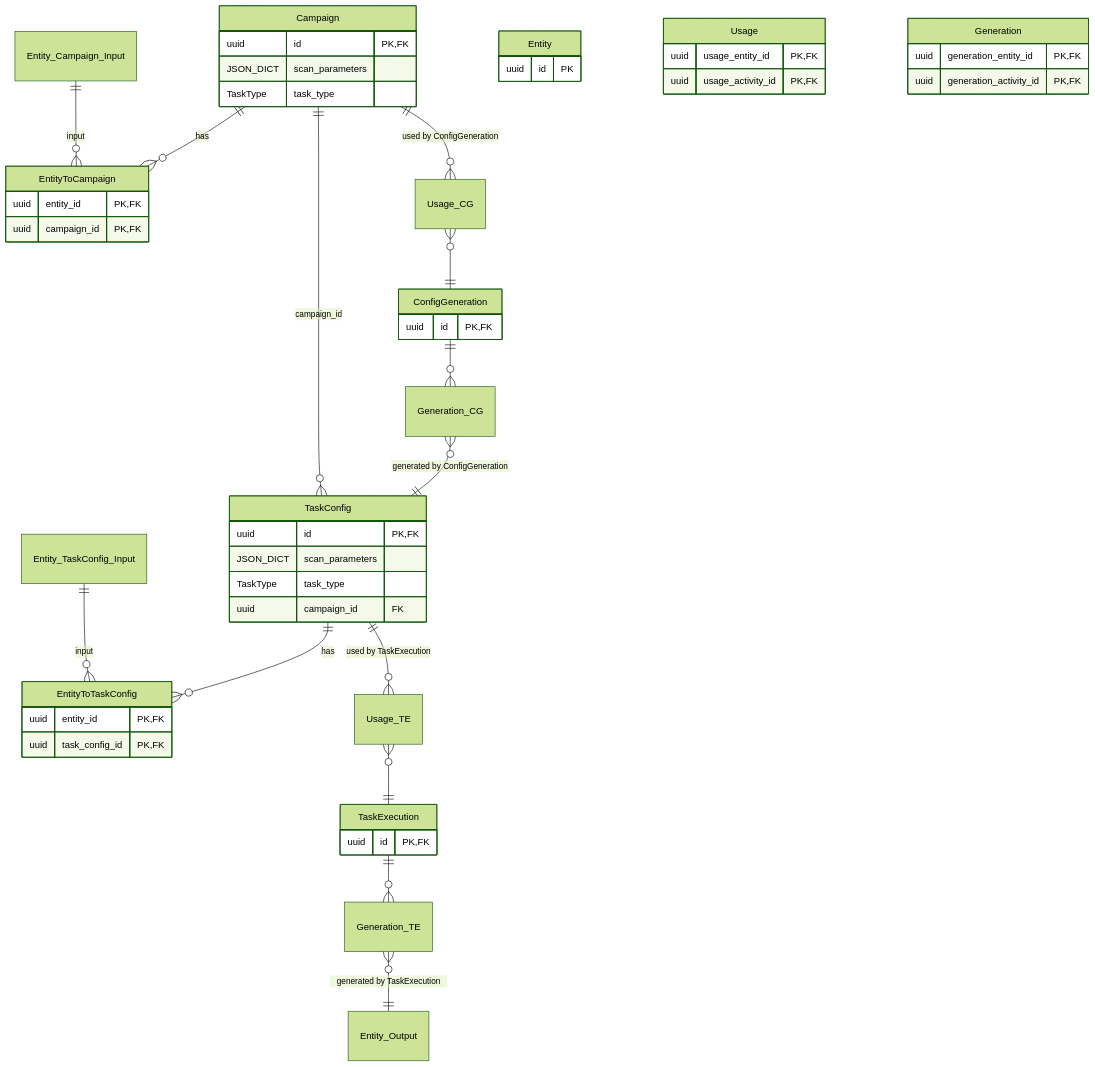
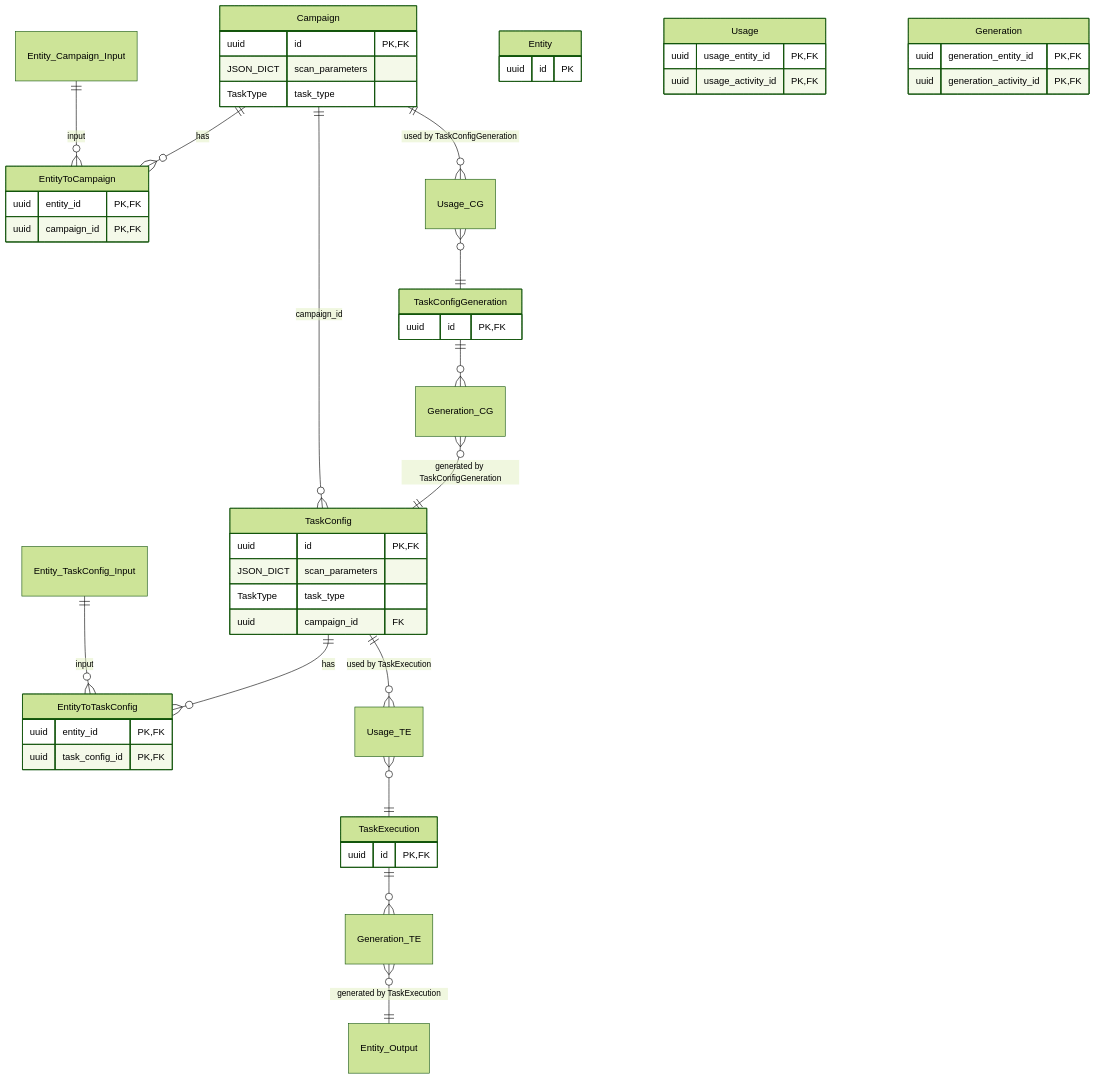
Before and after one commit to openbraininstitute/entitycore: the second of 2 diagrams in docs/campaign-models-diagram.md, drawn with Mermaid (forest theme). The commit also changed other lines of this file and 19 other files, not shown here.

Commit message:
Add schemas, filters, services, routers

````diff
--- a/docs/campaign-models-diagram.md
+++ b/docs/campaign-models-diagram.md
@@ -45,64 +45,64 @@
 ```mermaid
 erDiagram
     Entity_Campaign_Input ||--o{ EntityToCampaign : "input"
     Campaign ||--o{ EntityToCampaign : "has"
     Campaign ||--o{ TaskConfig : "campaign_id"
 
     Entity_TaskConfig_Input ||--o{ EntityToTaskConfig : "input"
     TaskConfig ||--o{ EntityToTaskConfig : "has"
 
-    Campaign ||--o{ Usage_CG : "used by ConfigGeneration"
-    Usage_CG }o--|| ConfigGeneration : ""
-    ConfigGeneration ||--o{ Generation_CG : ""
-    Generation_CG }o--|| TaskConfig : "generated by ConfigGeneration"
+    Campaign ||--o{ Usage_CG : "used by TaskConfigGeneration"
+    Usage_CG }o--|| TaskConfigGeneration : ""
+    TaskConfigGeneration ||--o{ Generation_CG : ""
+    Generation_CG }o--|| TaskConfig : "generated by TaskConfigGeneration"
 
     TaskConfig ||--o{ Usage_TE : "used by TaskExecution"
     Usage_TE }o--|| TaskExecution : ""
     TaskExecution ||--o{ Generation_TE : ""
     Generation_TE }o--|| Entity_Output : "generated by TaskExecution"
 
     Entity {
         uuid id PK
     }
 
     EntityToCampaign {
         uuid entity_id PK,FK
         uuid campaign_id PK,FK
     }
 
     EntityToTaskConfig {
         uuid entity_id PK,FK
         uuid task_config_id PK,FK
     }
 
     Campaign {
         uuid id PK,FK
         JSON_DICT scan_parameters
         TaskType task_type
     }
 
     Usage {
         uuid usage_entity_id PK,FK
         uuid usage_activity_id PK,FK
     }
 
     Generation {
         uuid generation_entity_id PK,FK
         uuid generation_activity_id PK,FK
     }
 
     TaskConfig {
         uuid id PK,FK
         JSON_DICT scan_parameters
         TaskType task_type
         uuid campaign_id FK
     }
 
-    ConfigGeneration {
+    TaskConfigGeneration {
         uuid id PK,FK
     }
 
     TaskExecution {
         uuid id PK,FK
     }
 ```
````
